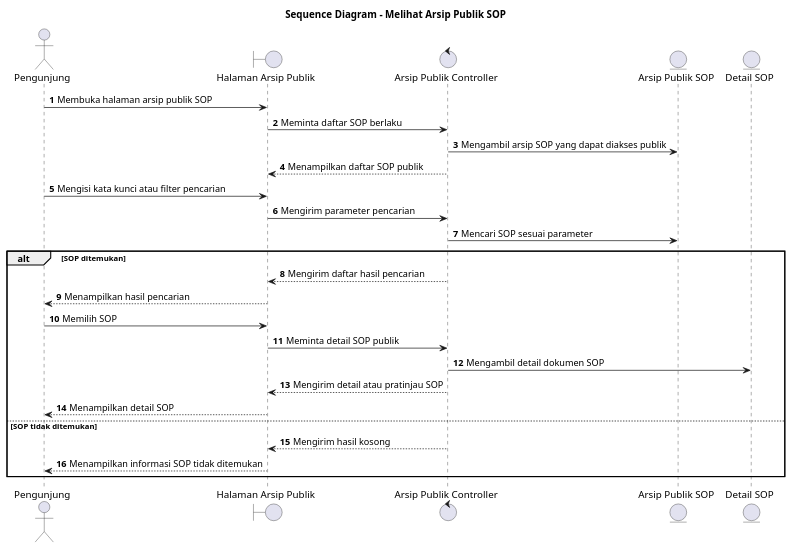
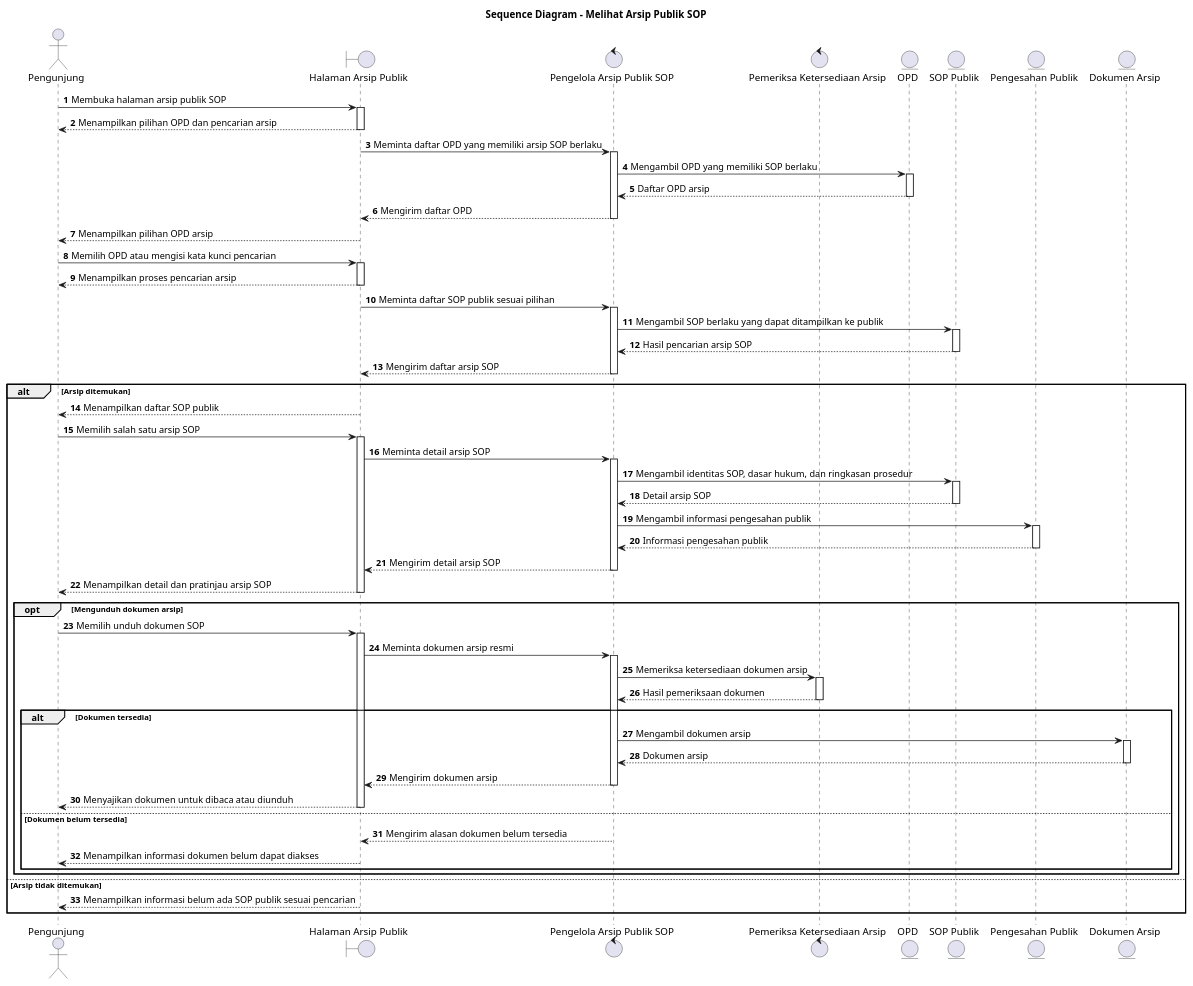
One commit to howlil/sop-generate-app changed the diagram in docs/sequence/lampiran/pengunjung-melihat-arsip-publik-sop.md. Above: the diagram before and after it, drawn with PlantUML. The commit also changed other lines of this file and 90 other files, not shown here.

````diff
--- a/docs/sequence/lampiran/pengunjung-melihat-arsip-publik-sop.md
+++ b/docs/sequence/lampiran/pengunjung-melihat-arsip-publik-sop.md
@@ -16,35 +16,60 @@
 ```plantuml
 @startuml
 title Sequence Diagram - Melihat Arsip Publik SOP
 autonumber
+autoactivate on
 
-actor "Pengunjung" as Aktor
-boundary "Halaman Arsip Publik" as UI
-control "Arsip Publik Controller" as ArsipCtrl
-entity "Arsip Publik SOP" as Arsip
-entity "Detail SOP" as Detail
+actor "Pengunjung" as A
+boundary "Halaman Arsip Publik" as B
+control "Pengelola Arsip Publik SOP" as C
+control "Pemeriksa Ketersediaan Arsip" as D
+entity "OPD" as OPD
+entity "SOP Publik" as SOPPublik
+entity "Pengesahan Publik" as PengesahanPublik
+entity "Dokumen Arsip" as DokumenArsip
 
-Aktor -> UI : Membuka halaman arsip publik SOP
-UI -> ArsipCtrl : Meminta daftar SOP berlaku
-ArsipCtrl -> Arsip : Mengambil arsip SOP yang dapat diakses publik
-ArsipCtrl --> UI : Menampilkan daftar SOP publik
+A -> B : Membuka halaman arsip publik SOP
+B --> A : Menampilkan pilihan OPD dan pencarian arsip
+B -> C : Meminta daftar OPD yang memiliki arsip SOP berlaku
+C -> OPD : Mengambil OPD yang memiliki SOP berlaku
+OPD --> C : Daftar OPD arsip
+C --> B : Mengirim daftar OPD
+B --> A : Menampilkan pilihan OPD arsip
 
-Aktor -> UI : Mengisi kata kunci atau filter pencarian
-UI -> ArsipCtrl : Mengirim parameter pencarian
-ArsipCtrl -> Arsip : Mencari SOP sesuai parameter
-
-alt SOP ditemukan
-  ArsipCtrl --> UI : Mengirim daftar hasil pencarian
-  UI --> Aktor : Menampilkan hasil pencarian
-  Aktor -> UI : Memilih SOP
-  UI -> ArsipCtrl : Meminta detail SOP publik
-  ArsipCtrl -> Detail : Mengambil detail dokumen SOP
-  ArsipCtrl --> UI : Mengirim detail atau pratinjau SOP
-  UI --> Aktor : Menampilkan detail SOP
-else SOP tidak ditemukan
-  ArsipCtrl --> UI : Mengirim hasil kosong
-  UI --> Aktor : Menampilkan informasi SOP tidak ditemukan
+A -> B : Memilih OPD atau mengisi kata kunci pencarian
+B --> A : Menampilkan proses pencarian arsip
+B -> C : Meminta daftar SOP publik sesuai pilihan
+C -> SOPPublik : Mengambil SOP berlaku yang dapat ditampilkan ke publik
+SOPPublik --> C : Hasil pencarian arsip SOP
+C --> B : Mengirim daftar arsip SOP
+alt Arsip ditemukan
+  B --> A : Menampilkan daftar SOP publik
+  A -> B : Memilih salah satu arsip SOP
+  B -> C : Meminta detail arsip SOP
+  C -> SOPPublik : Mengambil identitas SOP, dasar hukum, dan ringkasan prosedur
+  SOPPublik --> C : Detail arsip SOP
+  C -> PengesahanPublik : Mengambil informasi pengesahan publik
+  PengesahanPublik --> C : Informasi pengesahan publik
+  C --> B : Mengirim detail arsip SOP
+  B --> A : Menampilkan detail dan pratinjau arsip SOP
+  opt Mengunduh dokumen arsip
+    A -> B : Memilih unduh dokumen SOP
+    B -> C : Meminta dokumen arsip resmi
+    C -> D : Memeriksa ketersediaan dokumen arsip
+    D --> C : Hasil pemeriksaan dokumen
+    alt Dokumen tersedia
+      C -> DokumenArsip : Mengambil dokumen arsip
+      DokumenArsip --> C : Dokumen arsip
+      C --> B : Mengirim dokumen arsip
+      B --> A : Menyajikan dokumen untuk dibaca atau diunduh
+    else Dokumen belum tersedia
+      C --> B : Mengirim alasan dokumen belum tersedia
+      B --> A : Menampilkan informasi dokumen belum dapat diakses
+    end
+  end
+else Arsip tidak ditemukan
+  B --> A : Menampilkan informasi belum ada SOP publik sesuai pencarian
 end
 
 @enduml
 ```
````
